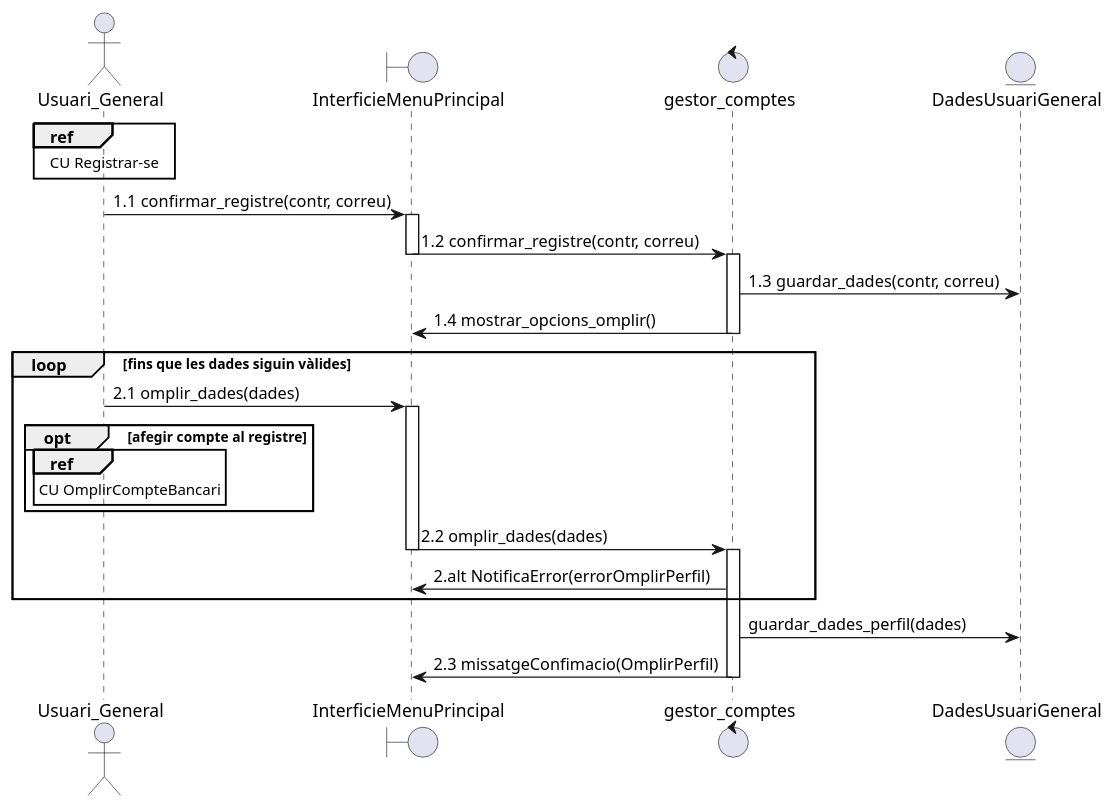
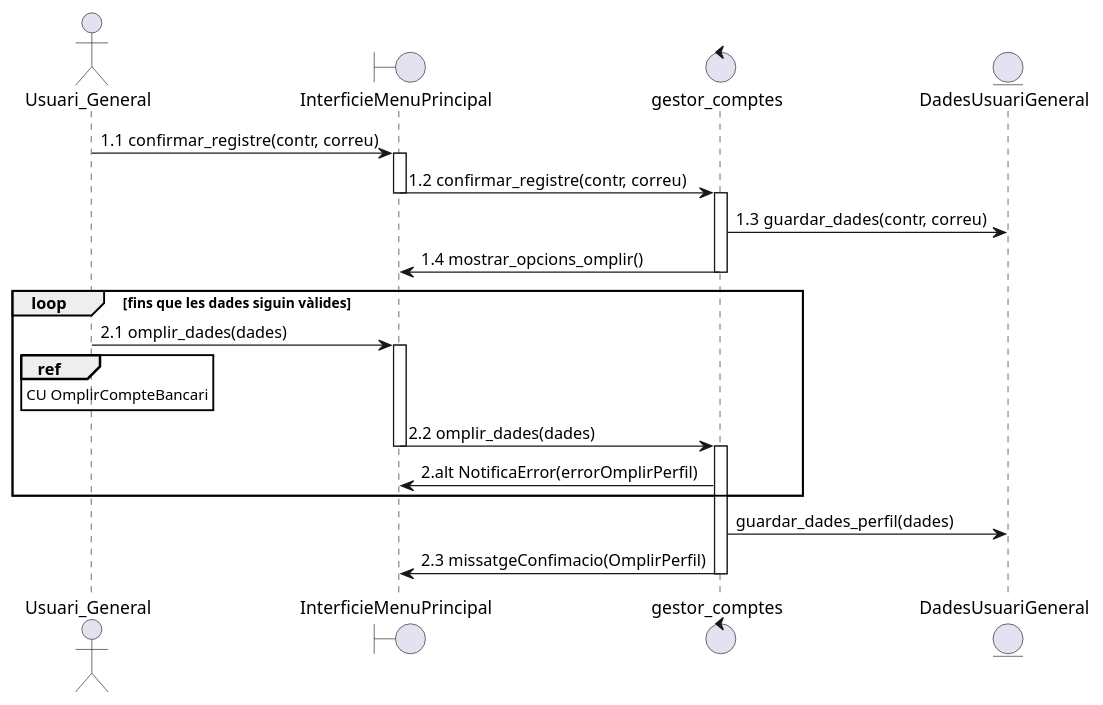
Before and after one commit to martipages/ES23UAB431-02: the diagram in documents/Diagrames i Especificacions/Seqüencia/ALEJANDRO/5- Omplir perfil.puml, drawn with PlantUML. The commit also changed 6 other files, not shown here.

```diff
--- a/documents/Diagrames i Especificacions/Seqüencia/ALEJANDRO/5- Omplir perfil.puml
+++ b/documents/Diagrames i Especificacions/Seqüencia/ALEJANDRO/5- Omplir perfil.puml
@@ -1,25 +1,22 @@
 @startuml
 
 actor Usuari_General as Usuari
 boundary InterficieMenuPrincipal as interficie
 control gestor_comptes as gestor
 entity DadesUsuariGeneral as dades
 
-ref over Usuari : CU Registrar-se
 Usuari -> interficie ++: 1.1 confirmar_registre(contr, correu)
 interficie -> gestor --++: 1.2 confirmar_registre(contr, correu)
 gestor -> dades : 1.3 guardar_dades(contr, correu)
 gestor -> interficie--: 1.4 mostrar_opcions_omplir()
 
 
 loop fins que les dades siguin vàlides
 Usuari -> interficie ++: 2.1 omplir_dades(dades)
-opt afegir compte al registre
 ref over Usuari : CU OmplirCompteBancari
-end
 interficie -> gestor --++: 2.2 omplir_dades(dades)
 gestor -> interficie : 2.alt NotificaError(errorOmplirPerfil)
 end
 gestor -> dades : guardar_dades_perfil(dades)
 gestor -> interficie --: 2.3 missatgeConfimacio(OmplirPerfil)
 @enduml
```
